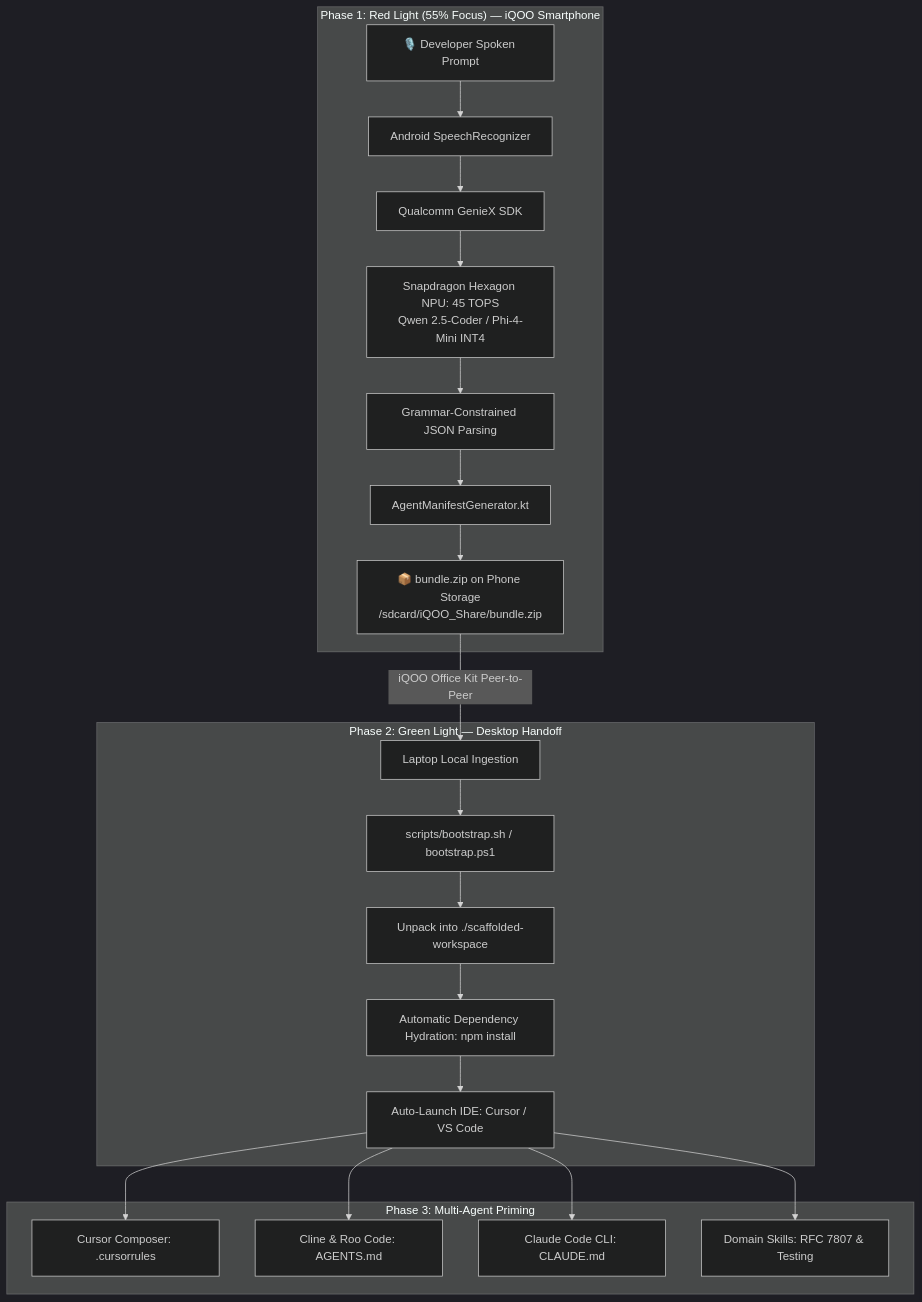
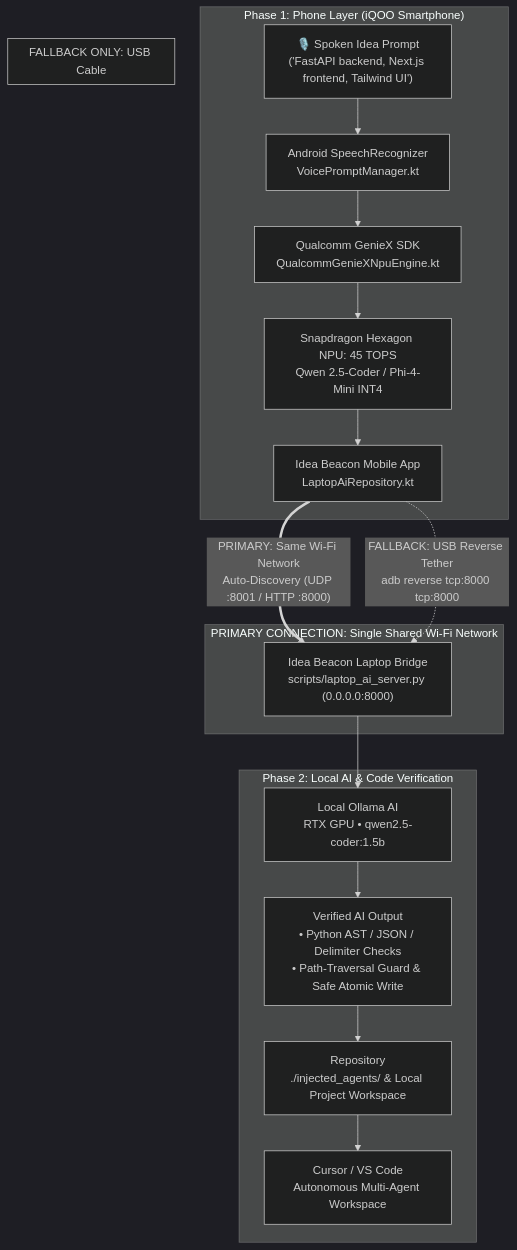
One commit to yashwanth0630-ui/Agentic-Architect-Voice-to-Repository-Pipeline changed the diagram in README.md. Above: the diagram before and after it, drawn with Mermaid (dark theme). The commit also changed other lines of this file and 14 other files, not shown here.

First line of the commit message:
feat: implement primary shared Wi-Fi pipeline with LAN auto-discovery and USB fallback

````diff
--- a/README.md
+++ b/README.md
@@ -121,26 +121,24 @@
 ```mermaid
 graph TD
-    subgraph "Phase 1: Red Light (55% Focus) — iQOO Smartphone"
-        A[🎙️ Developer Spoken Prompt] --> B[Android SpeechRecognizer]
-        B --> C[Qualcomm GenieX SDK]
-        C --> D[Snapdragon Hexagon NPU: 45 TOPS<br/>Qwen 2.5-Coder / Phi-4-Mini INT4]
-        D --> E[Grammar-Constrained JSON Parsing]
-        E --> F[AgentManifestGenerator.kt]
-        F --> G[📦 bundle.zip on Phone Storage<br/>/sdcard/iQOO_Share/bundle.zip]
+    subgraph "Phase 1: Phone Layer (iQOO Smartphone)"
+        A["🎙️ Spoken Idea Prompt<br/>('FastAPI backend, Next.js frontend, Tailwind UI')"] --> B["Android SpeechRecognizer<br/>VoicePromptManager.kt"]
+        B --> C["Qualcomm GenieX SDK<br/>QualcommGenieXNpuEngine.kt"]
+        C --> D["Snapdragon Hexagon NPU: 45 TOPS<br/>Qwen 2.5-Coder / Phi-4-Mini INT4"]
+        D --> E["Idea Beacon Mobile App<br/>LaptopAiRepository.kt"]
     end
 
-    subgraph "Phase 2: Green Light — Desktop Handoff"
-        G -->|iQOO Office Kit Peer-to-Peer| H[Laptop Local Ingestion]
-        H --> I[scripts/bootstrap.sh / bootstrap.ps1]
-        I --> J[Unpack into ./scaffolded-workspace]
-        J --> K[Automatic Dependency Hydration: npm install]
-        K --> L[Auto-Launch IDE: Cursor / VS Code]
+    subgraph "PRIMARY CONNECTION: Single Shared Wi-Fi Network"
+        E ==>|"PRIMARY: Same Wi-Fi Network<br/>Auto-Discovery (UDP :8001 / HTTP :8000)"| F["Idea Beacon Laptop Bridge<br/>scripts/laptop_ai_server.py (0.0.0.0:8000)"]
     end
 
-    subgraph "Phase 3: Multi-Agent Priming"
-        L --> M[Cursor Composer: .cursorrules]
-        L --> N[Cline & Roo Code: AGENTS.md]
-        L --> O[Claude Code CLI: CLAUDE.md]
-        L --> P[Domain Skills: RFC 7807 & Testing]
+    subgraph "FALLBACK ONLY: USB Cable"
+        E -.->|"FALLBACK: USB Reverse Tether<br/>adb reverse tcp:8000 tcp:8000"| F
+    end
+
+    subgraph "Phase 2: Local AI & Code Verification"
+        F --> G["Local Ollama AI<br/>RTX GPU • qwen2.5-coder:1.5b"]
+        G --> H["Verified AI Output<br/>• Python AST / JSON / Delimiter Checks<br/>• Path-Traversal Guard & Safe Atomic Write"]
+        H --> I["Repository<br/>./injected_agents/ & Local Project Workspace"]
+        I --> J["Cursor / VS Code<br/>Autonomous Multi-Agent Workspace"]
     end
 ```
````
